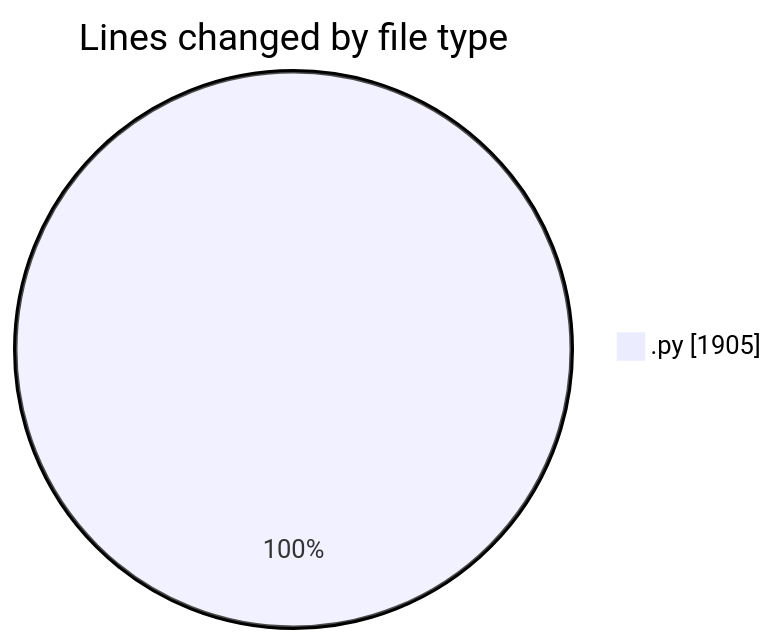
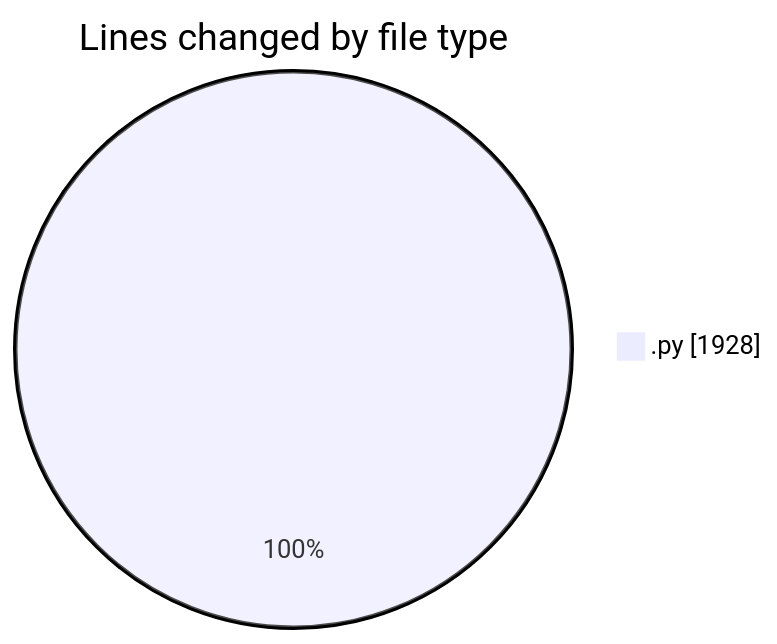
One commit to MatusMokan/code-tracking changed the first of 2 diagrams in 2025-04-12/myws__workspace_/README.md. Above: the diagram before and after it, drawn with Mermaid. The commit also changed other lines of this file and 1 other file, not shown here.

````diff
--- a/2025-04-12/myws__workspace_/README.md
+++ b/2025-04-12/myws__workspace_/README.md
@@ -22,5 +22,5 @@
 ```mermaid
 pie showData
 title Lines changed by file type
-".py" : 1905
+".py" : 1928
 ```
````
